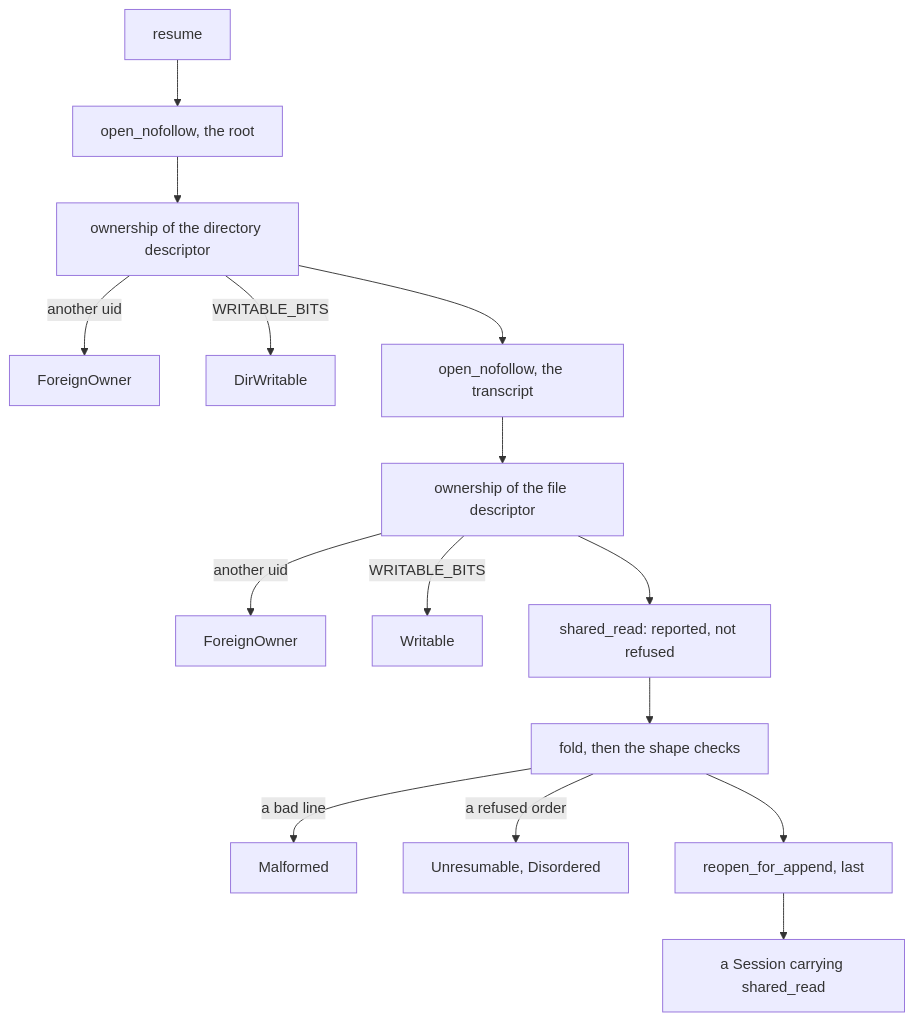
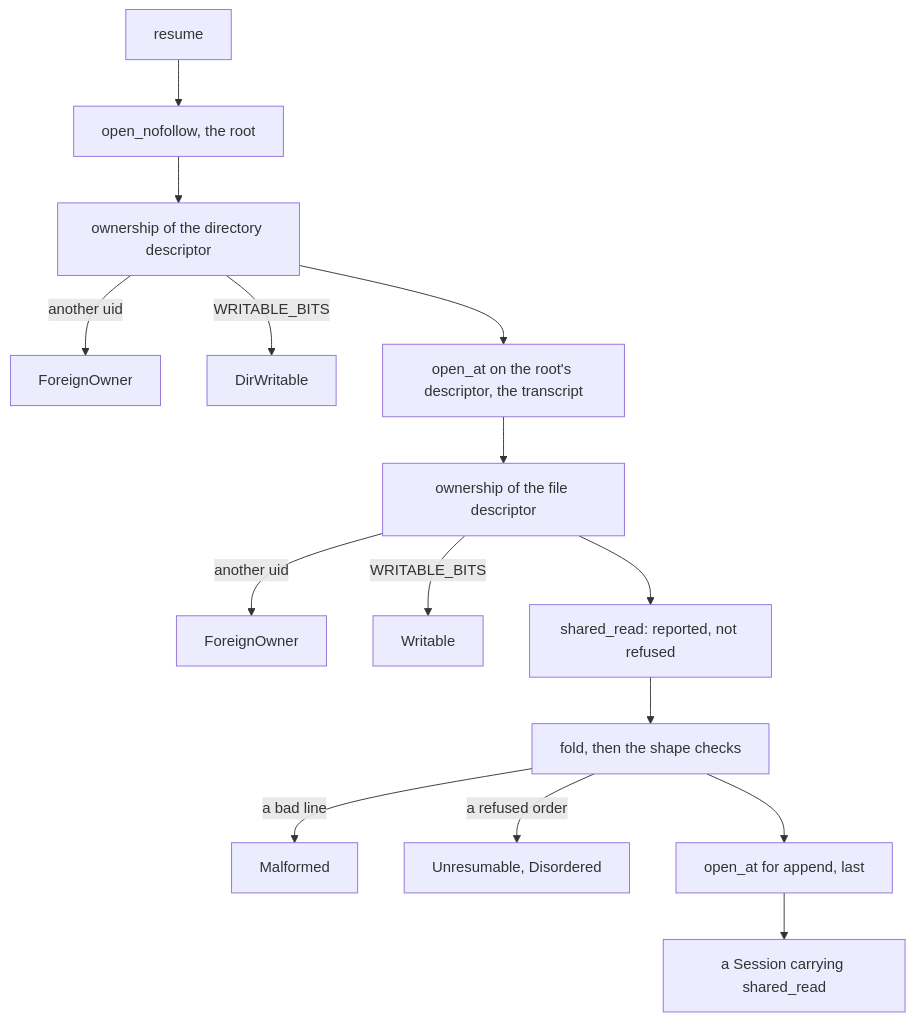
The second of 2 diagrams in context/onboarding/22-crate-session.md (danczw/sandbx), drawn with Mermaid before and after one commit. The commit also changed other lines of this file and 4 other files, not shown here.

First line of the commit message:
fix(session): reach the transcript through the vetted root's descriptor

````diff
--- a/context/onboarding/22-crate-session.md
+++ b/context/onboarding/22-crate-session.md
@@ -216,17 +216,17 @@
 ```mermaid
 flowchart TD
     A["resume"] --> B["open_nofollow, the root"]
     B --> C["ownership of the directory descriptor"]
     C -->|"another uid"| E["ForeignOwner"]
     C -->|"WRITABLE_BITS"| D["DirWritable"]
-    C --> F["open_nofollow, the transcript"]
+    C --> F["open_at on the root's descriptor, the transcript"]
     F --> G["ownership of the file descriptor"]
     G -->|"another uid"| I["ForeignOwner"]
     G -->|"WRITABLE_BITS"| H["Writable"]
     G --> J["shared_read: reported, not refused"]
     J --> K["fold, then the shape checks"]
     K -->|"a bad line"| L["Malformed"]
     K -->|"a refused order"| O["Unresumable, Disordered"]
-    K --> M["reopen_for_append, last"]
+    K --> M["open_at for append, last"]
     M --> N["a Session carrying shared_read"]
 ```
````
